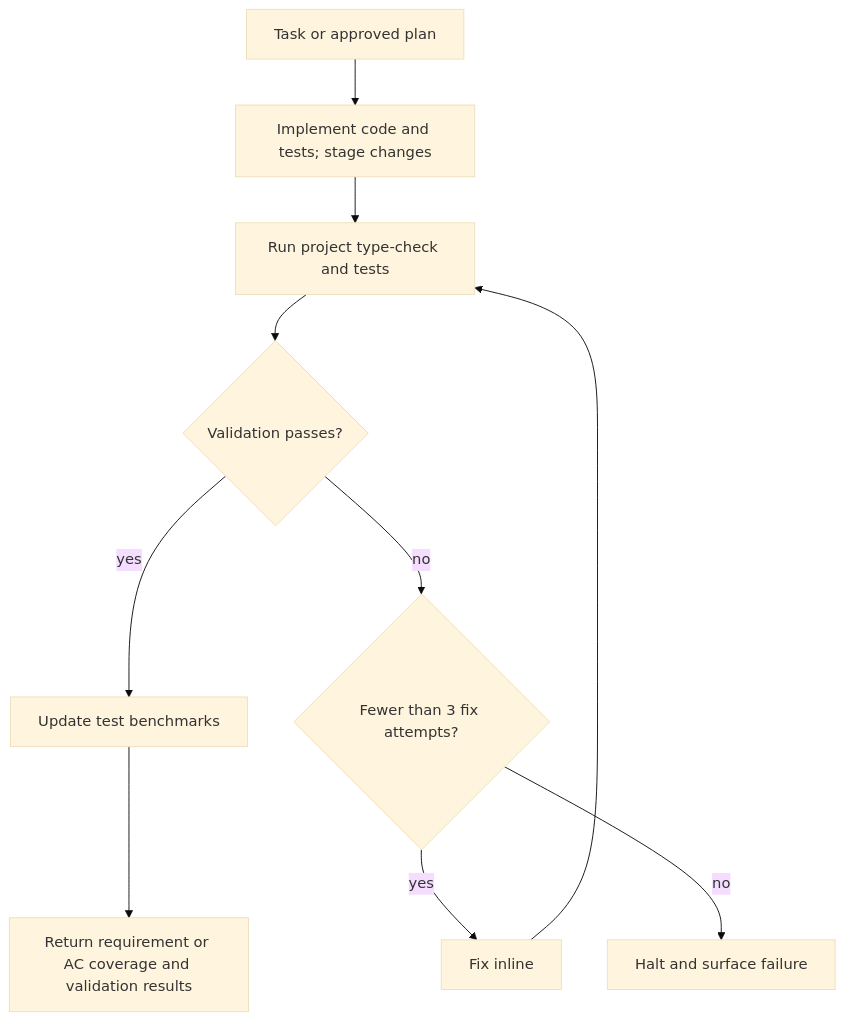
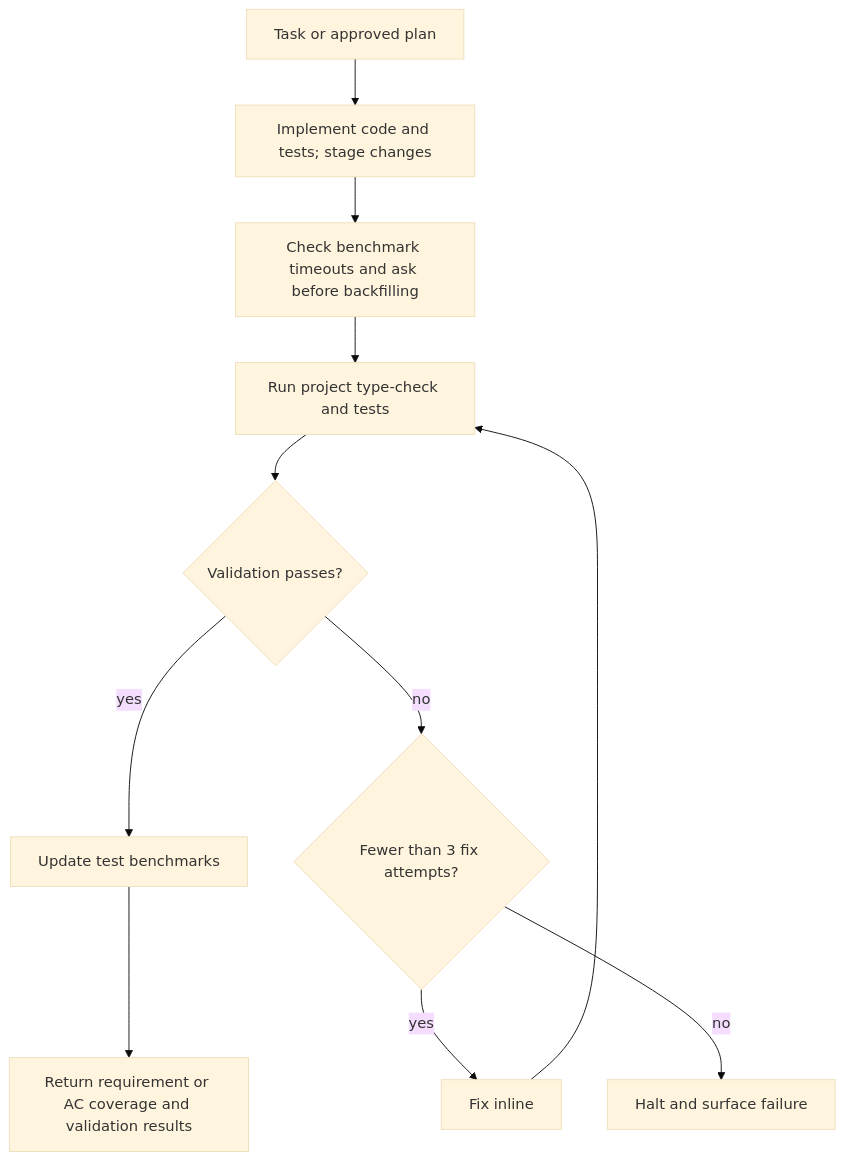
One commit to mrStorrs/dreamers-copilot changed the diagram in .github/skills/dreamers-implement/readme.md. Above: the diagram before and after it, drawn with Mermaid (base theme). The commit also changed 7 other files, not shown here.

````diff
--- a/.github/skills/dreamers-implement/readme.md
+++ b/.github/skills/dreamers-implement/readme.md
@@ -5,12 +5,13 @@
 ```mermaid
 flowchart TD
     P[Task or approved plan] --> I[Implement code and tests; stage changes]
-    I --> V[Run project type-check and tests]
+    I --> T[Check benchmark timeouts and ask before backfilling]
+    T --> V[Run project type-check and tests]
     V --> R{Validation passes?}
     R -->|yes| B[Update test benchmarks]
     R -->|no| A{Fewer than 3 fix attempts?}
     A -->|yes| F[Fix inline]
     F --> V
     A -->|no| H[Halt and surface failure]
     B --> E[Return requirement or AC coverage and validation results]
 ```
````
